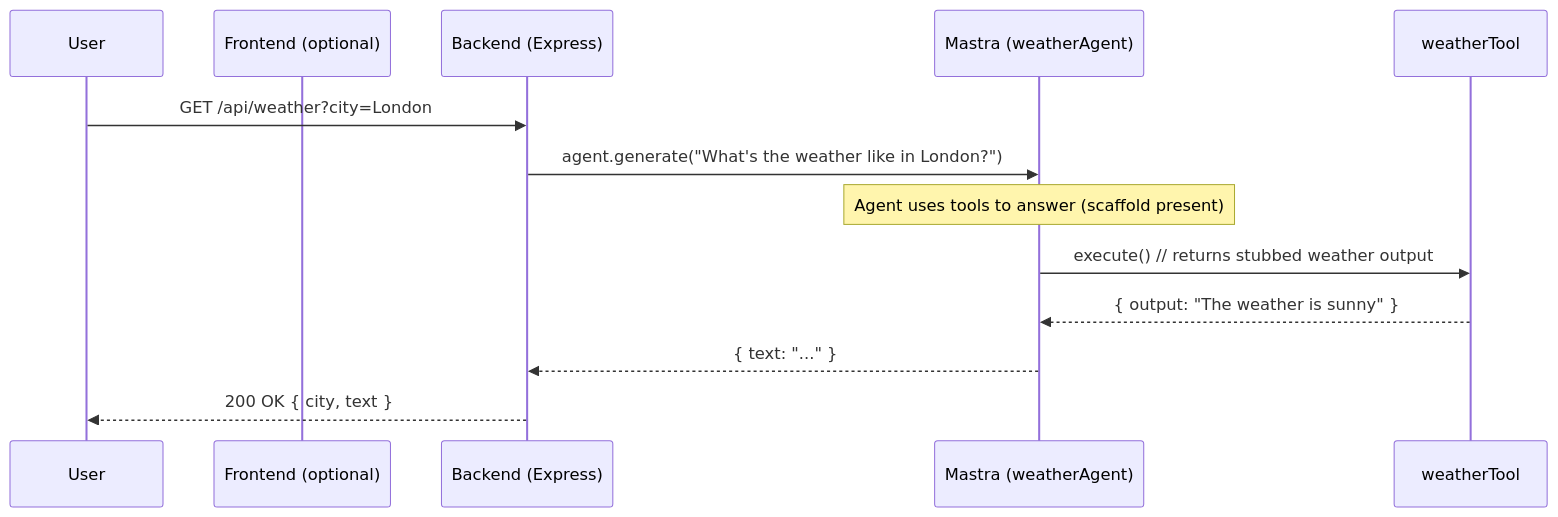
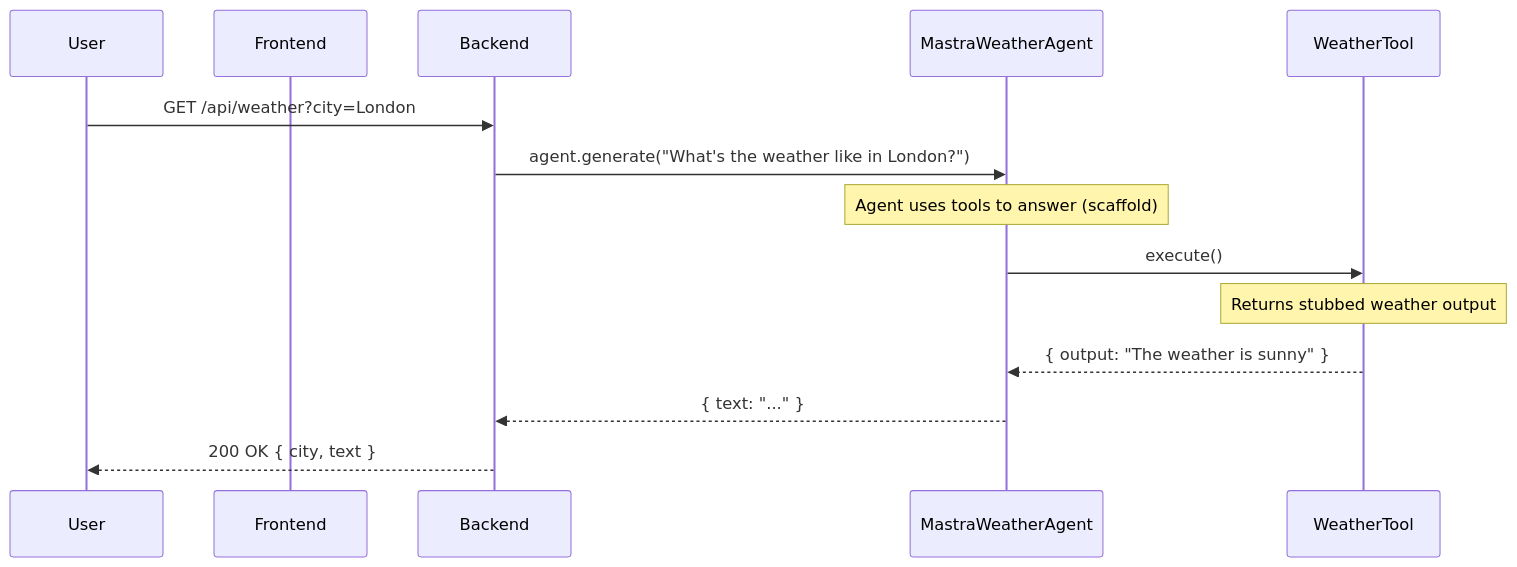
One commit to dev-nezuko/mastra-agent-demo-app changed the third of 3 diagrams in README.md. Above: the diagram before and after it, drawn with Mermaid. The commit also changed other lines of this file, not shown here.

````diff
--- a/README.md
+++ b/README.md
@@ -71,16 +72,17 @@
 ```mermaid
 sequenceDiagram
   participant U as User
-  participant FE as Frontend (optional)
-  participant BE as Backend (Express)
-  participant M as Mastra (weatherAgent)
-  participant WT as weatherTool
+  participant FE as Frontend
+  participant BE as Backend
+  participant M as MastraWeatherAgent
+  participant WT as WeatherTool
 
   U->>BE: GET /api/weather?city=London
   BE->>M: agent.generate("What's the weather like in London?")
-  Note over M: Agent uses tools to answer (scaffold present)
-  M->>WT: execute() // returns stubbed weather output
+  Note over M: Agent uses tools to answer (scaffold)
+  M->>WT: execute()
+  Note over WT: Returns stubbed weather output
   WT-->>M: { output: "The weather is sunny" }
   M-->>BE: { text: "..." }
   BE-->>U: 200 OK { city, text }
 ```
````
